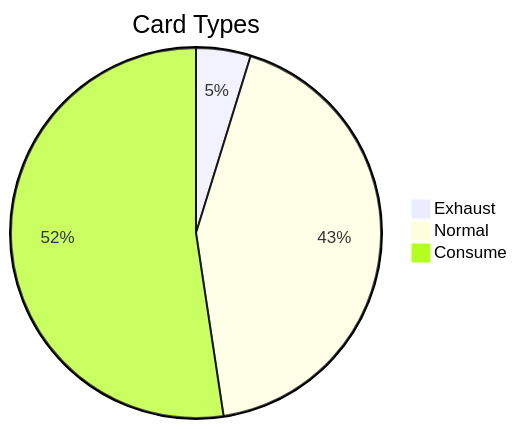
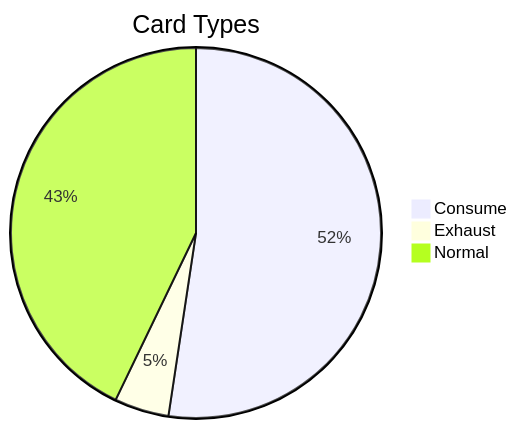
One commit to BigJk/end_of_eden changed the second of 2 diagrams in docs/GAME_CONTENT_DOCS.md. Above: the diagram before and after it, drawn with Mermaid. The commit also changed other lines of this file and 8 other files, not shown here.

````diff
--- a/docs/GAME_CONTENT_DOCS.md
+++ b/docs/GAME_CONTENT_DOCS.md
@@ -78,7 +78,7 @@
 ```mermaid
 pie
 title Card Types
+"Consume" : 11
 "Exhaust" : 1
 "Normal" : 9
-"Consume" : 11
 ```
````
